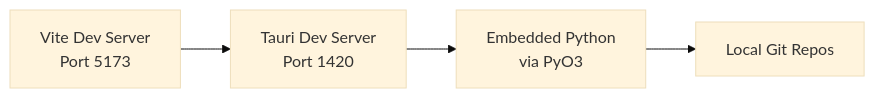
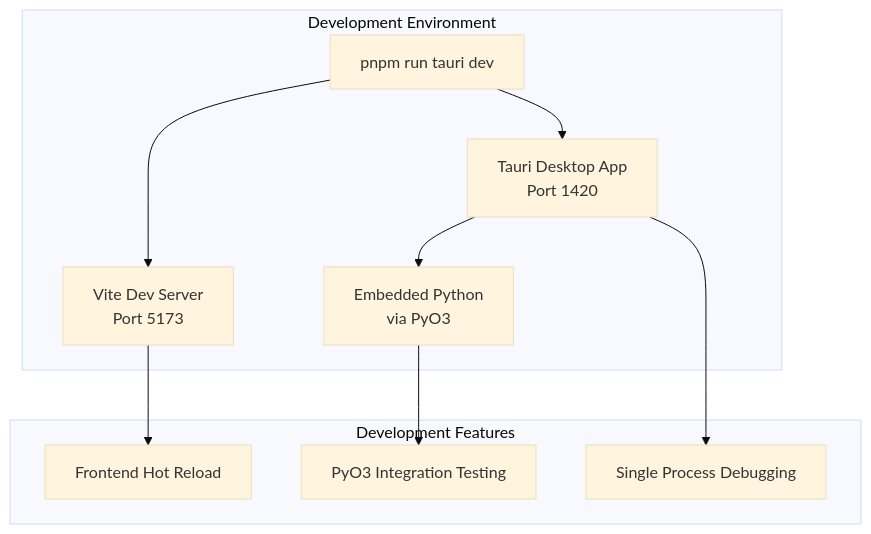
The third of 4 diagrams in docs/architecture/overview.md (boost-edu-tools/gitinspectorgui), drawn with Mermaid (base theme) before and after one commit. The commit also changed other lines of this file and 27 other files, not shown here.

````diff
--- a/docs/architecture/overview.md
+++ b/docs/architecture/overview.md
@@ -129,6 +131,22 @@
 ```mermaid
-graph LR
-    A[Vite Dev Server<br/>Port 5173] --> B[Tauri Dev Server<br/>Port 1420]
-    B --> C[Embedded Python<br/>via PyO3]
-    C --> D[Local Git Repos]
+graph TB
+    subgraph "Development Environment"
+        A[pnpm run tauri dev]
+        B[Tauri Desktop App<br/>Port 1420]
+        C[Vite Dev Server<br/>Port 5173]
+        D[Embedded Python<br/>via PyO3]
+    end
+
+    subgraph "Development Features"
+        E[Frontend Hot Reload]
+        F[PyO3 Integration Testing]
+        G[Single Process Debugging]
+    end
+
+    A --> B
+    A --> C
+    B --> D
+    C --> E
+    D --> F
+    B --> G
 ```
````
